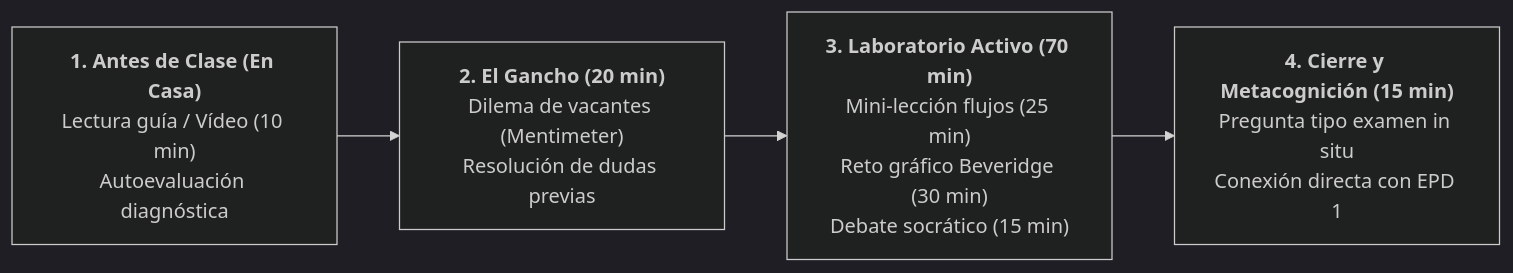
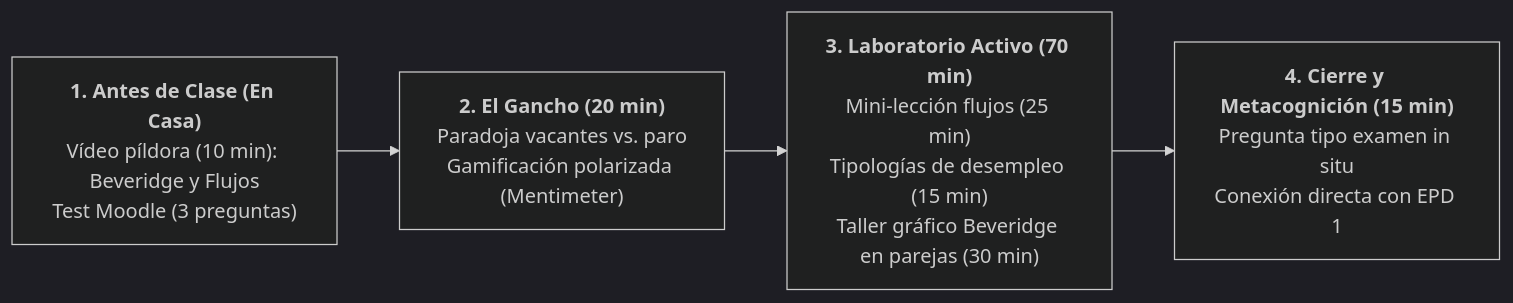
The diagram in cronograma/guion_sesion_1409_martes.md (mhidper/PSSLL2627), drawn with Mermaid (dark theme) before and after one commit. The commit also changed other lines of this file and 1 other file, not shown here.

Commit message:
refactor(guiones): aplicar 6 ajustes metodologicos a sesiones 1 y 2 (logistica dia 1, coherencia apuntes, bloques tematicos, rubricas de examen, gamificacion persistente y preguntas socraticas opcionales)

````diff
--- a/cronograma/guion_sesion_1409_martes.md
+++ b/cronograma/guion_sesion_1409_martes.md
@@ -48,6 +49,6 @@
 ```mermaid
 flowchart LR
-    A["<b>1. Antes de Clase (En Casa)</b><br>Lectura guía / Vídeo (10 min)<br>Autoevaluación diagnóstica"] --> B["<b>2. El Gancho (20 min)</b><br>Dilema de vacantes (Mentimeter)<br>Resolución de dudas previas"]
-    B --> C["<b>3. Laboratorio Activo (70 min)</b><br>Mini-lección flujos (25 min)<br>Reto gráfico Beveridge (30 min)<br>Debate socrático (15 min)"]
+    A["<b>1. Antes de Clase (En Casa)</b><br>Vídeo píldora (10 min): Beveridge y Flujos<br>Test Moodle (3 preguntas)"] --> B["<b>2. El Gancho (20 min)</b><br>Paradoja vacantes vs. paro<br>Gamificación polarizada (Mentimeter)"]
+    B --> C["<b>3. Laboratorio Activo (70 min)</b><br>Mini-lección flujos (25 min)<br>Tipologías de desempleo (15 min)<br>Taller gráfico Beveridge en parejas (30 min)"]
     C --> D["<b>4. Cierre y Metacognición (15 min)</b><br>Pregunta tipo examen in situ<br>Conexión directa con EPD 1"]
 ```
````
